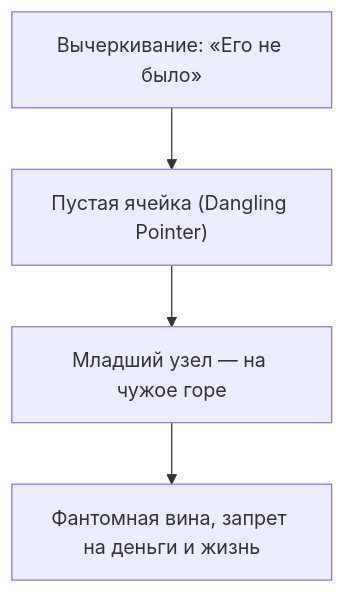
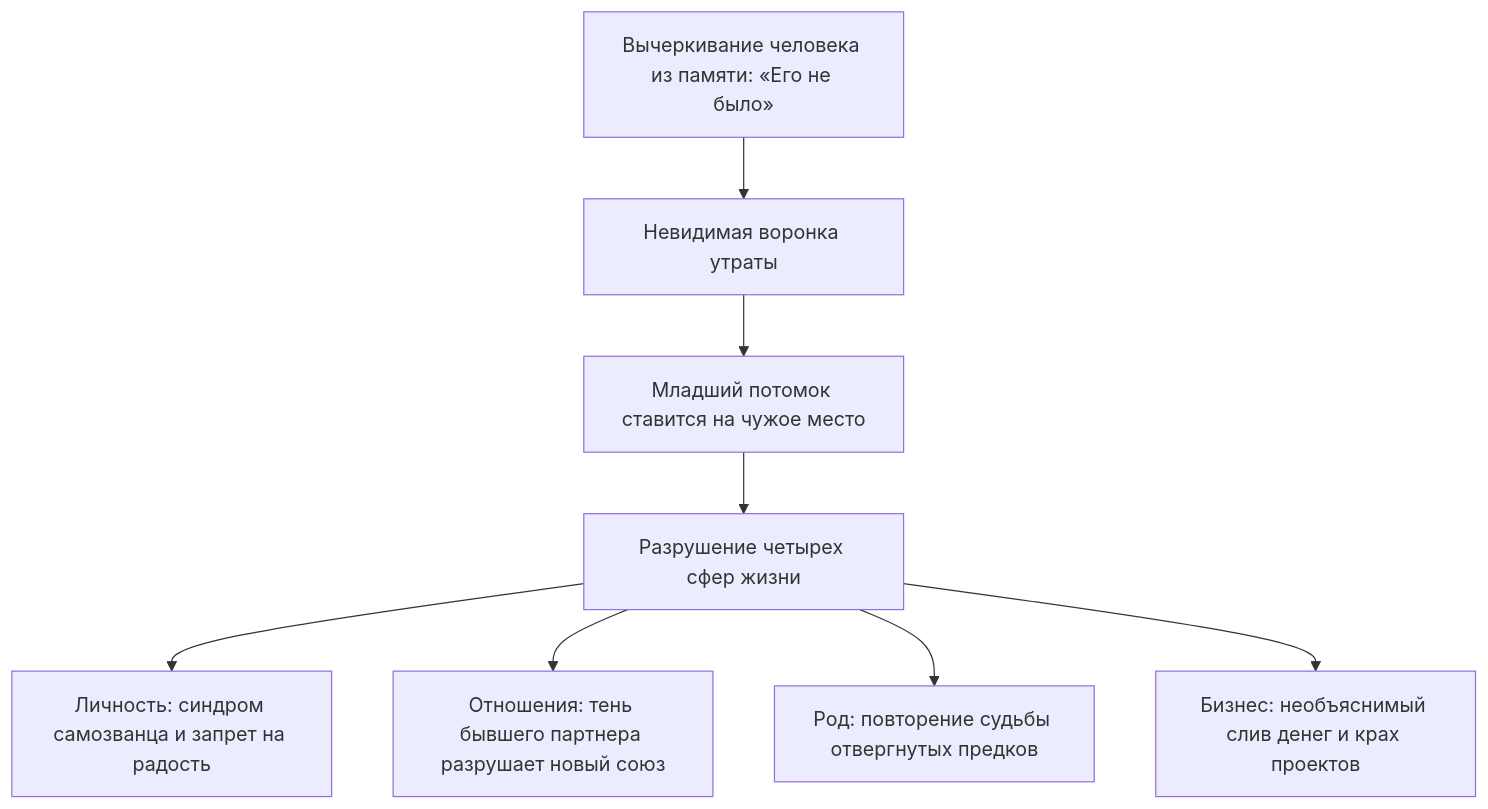
The diagram in root/18-bug-02-missing-element/ru.mdx (GTFB/threebooks), drawn with Mermaid before and after one commit. The commit also changed other lines of this file and 40 other files, not shown here.

````diff
--- a/root/18-bug-02-missing-element/ru.mdx
+++ b/root/18-bug-02-missing-element/ru.mdx
@@ -78,6 +102,10 @@
 ```mermaid
 flowchart TD
-  Exclusion["Вычеркивание: «Его не было»"] --> Vacuum["Пустая ячейка (Dangling Pointer)"]
-  Vacuum --> Hijack["Младший узел — на чужое горе"]
-  Hijack --> Anhedonia["Фантомная вина, запрет на деньги и жизнь"]
+  Exclusion["Вычеркивание человека из памяти: «Его не было»"] --> Vacuum["Невидимая воронка утраты"]
+  Vacuum --> Replacement["Младший потомок ставится на чужое место"]
+  Replacement --> Consequences["Разрушение четырех сфер жизни"]
+  Consequences --> Domain1["Личность: синдром самозванца и запрет на радость"]
+  Consequences --> Domain2["Отношения: тень бывшего партнера разрушает новый союз"]
+  Consequences --> Domain3["Род: повторение судьбы отвергнутых предков"]
+  Consequences --> Domain4["Бизнес: необъяснимый слив денег и крах проектов"]
 ```
````
